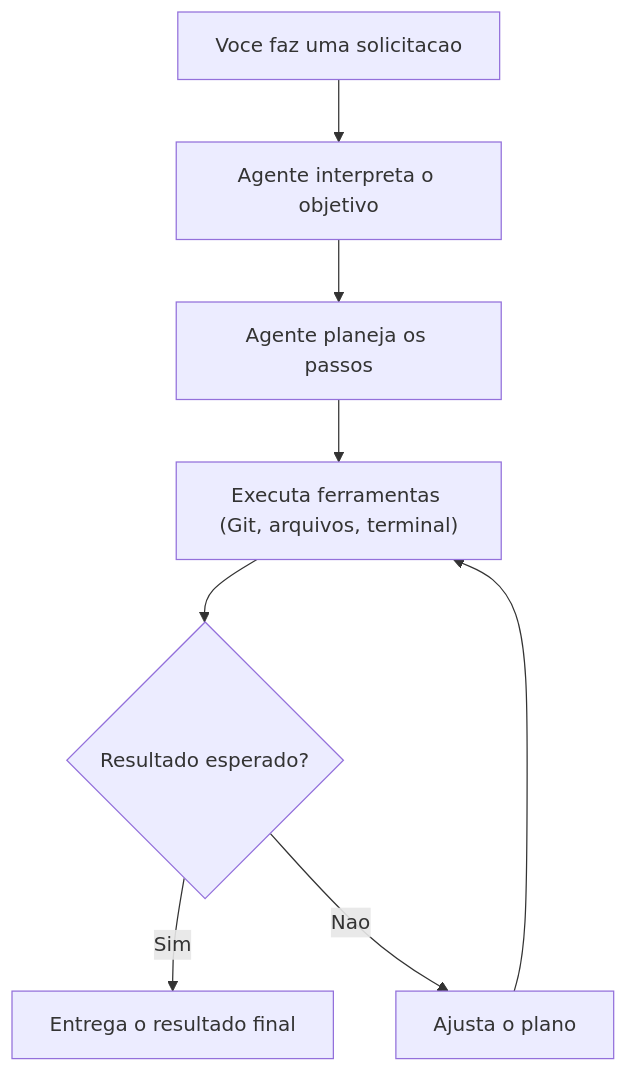
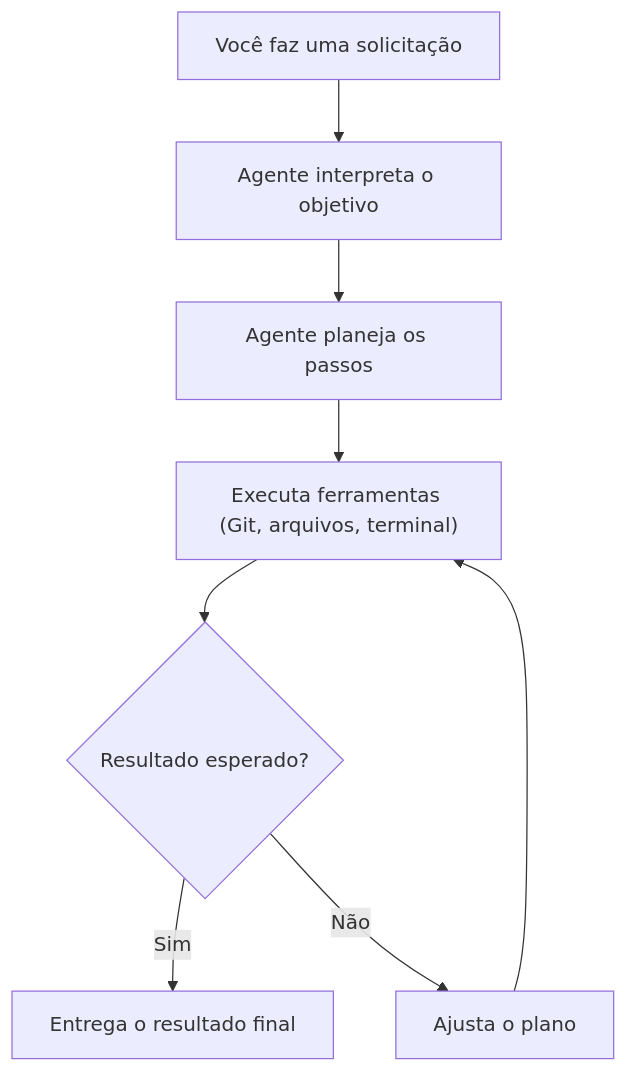
One commit to alicino/kb-blog changed the first of 3 diagrams in src/content/articles/agentes-ia-autonomos-trabalho.md. Above: the diagram before and after it, drawn with Mermaid. The commit also changed other lines of this file, not shown here.

````diff
--- a/src/content/articles/agentes-ia-autonomos-trabalho.md
+++ b/src/content/articles/agentes-ia-autonomos-trabalho.md
@@ -56,10 +64,10 @@
 ```mermaid
 flowchart TD
-    A["Voce faz uma solicitacao"] --> B["Agente interpreta o objetivo"]
+    A["Você faz uma solicitação"] --> B["Agente interpreta o objetivo"]
     B --> C["Agente planeja os passos"]
     C --> D["Executa ferramentas (Git, arquivos, terminal)"]
     D --> E{"Resultado esperado?"}
     E -->|"Sim"| F["Entrega o resultado final"]
-    E -->|"Nao"| G["Ajusta o plano"]
+    E -->|"Não"| G["Ajusta o plano"]
     G --> D
 ```
````
